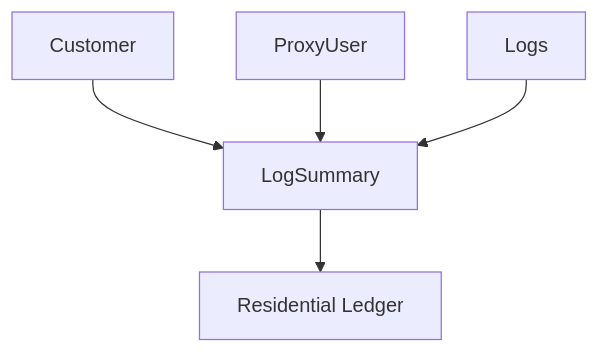
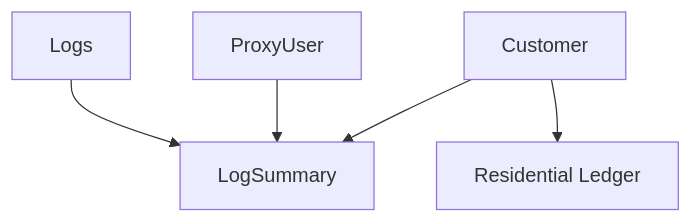
Before and after one commit to pingproxies/ping-proxies-public-api-docs: the diagram in api-objects/log_summary.mdx, drawn with Mermaid. The commit also changed other lines of this file, not shown here.

Commit message:
fix: log summary

````diff
--- a/api-objects/log_summary.mdx
+++ b/api-objects/log_summary.mdx
@@ -32,7 +32,7 @@
 ```mermaid
 graph TD
     Customer --> LogSummary
+    Customer --> ResidentialLedger[Residential Ledger]
     ProxyUser --> LogSummary
     Logs --> LogSummary
-    LogSummary --> ResidentialLedger[Residential Ledger]
 ```
````
